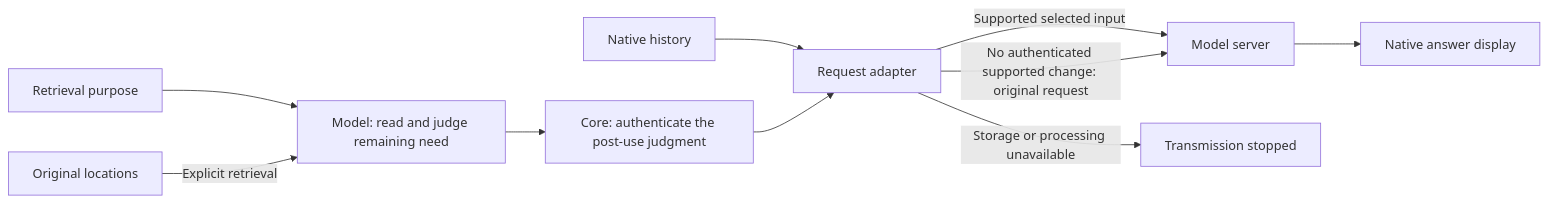
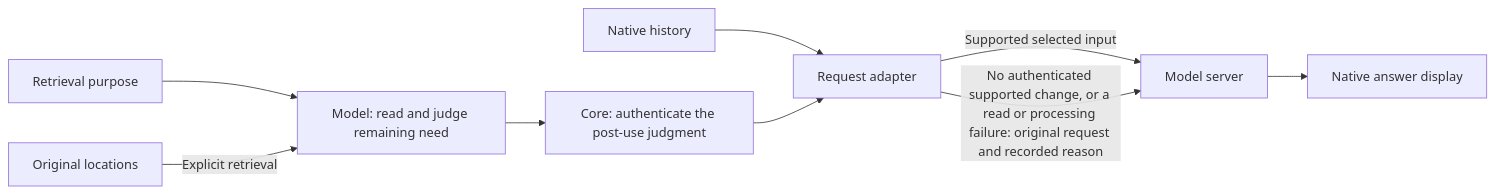
One commit to AidALL/ghost-alice changed the fourth of 4 diagrams in architecture.md. Above: the diagram before and after it, drawn with Mermaid. The commit also changed other lines of this file and 4 other files, not shown here.

````diff
--- a/architecture.md
+++ b/architecture.md
@@ -73,12 +73,11 @@
 ```mermaid
 flowchart LR
   P["Retrieval purpose"] --> M["Model: read and judge remaining need"]
   M --> C["Core: authenticate the post-use judgment"]
   H["Native history"] --> A["Request adapter"]
   C --> A
   A -->|Supported selected input| S["Model server"]
-  A -->|No authenticated supported change: original request| S
-  A -->|Storage or processing unavailable| U["Transmission stopped"]
+  A -->|No authenticated supported change, or a read or processing failure: original request and recorded reason| S
   S --> D["Native answer display"]
   O["Original locations"] -->|Explicit retrieval| M
 ```
````
